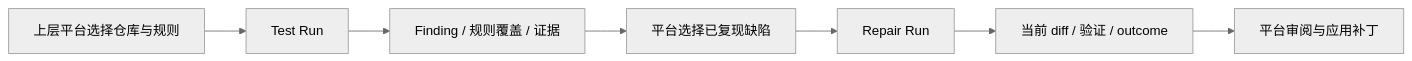
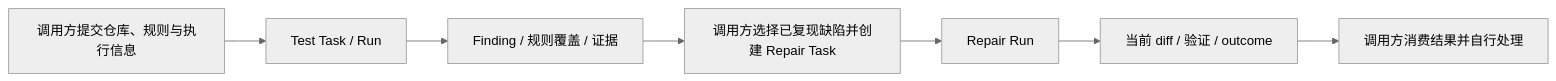
The second of 2 diagrams in docs/产品说明手册/03-Agent运行时/主循环与状态机.md (BUPTtsy/TraceFix-Agent), drawn with Mermaid (neutral theme) before and after one commit. The commit also changed other lines of this file and 18 other files, not shown here.

````diff
--- a/docs/产品说明手册/03-Agent运行时/主循环与状态机.md
+++ b/docs/产品说明手册/03-Agent运行时/主循环与状态机.md
@@ -93,9 +109,9 @@
 ```mermaid
 flowchart LR
-  P[上层平台选择仓库与规则] --> T[Test Run]
+  P[调用方提交仓库、规则与执行信息] --> T[Test Task / Run]
   T --> F[Finding / 规则覆盖 / 证据]
-  F --> S[平台选择已复现缺陷]
+  F --> S[调用方选择已复现缺陷并创建 Repair Task]
   S --> R[Repair Run]
   R --> V[当前 diff / 验证 / outcome]
-  V --> A[平台审阅与应用补丁]
+  V --> A[调用方消费结果并自行处理]
 ```
````
